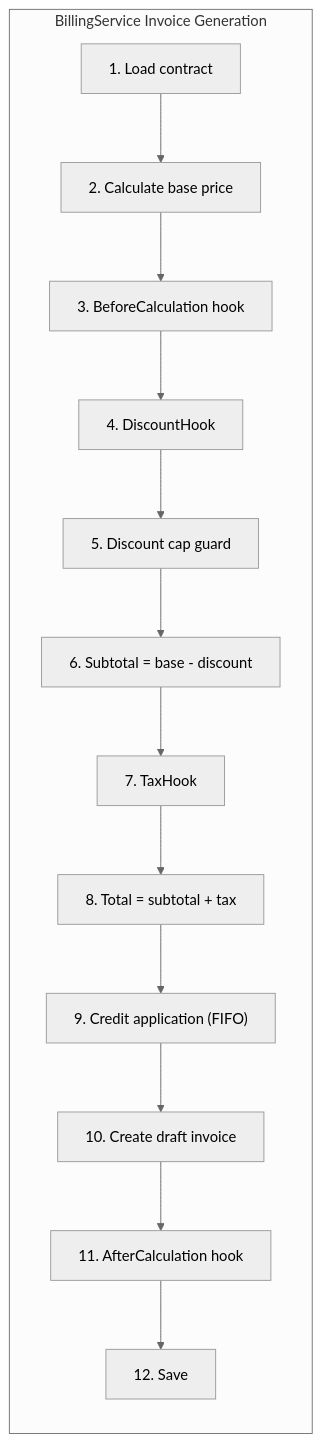
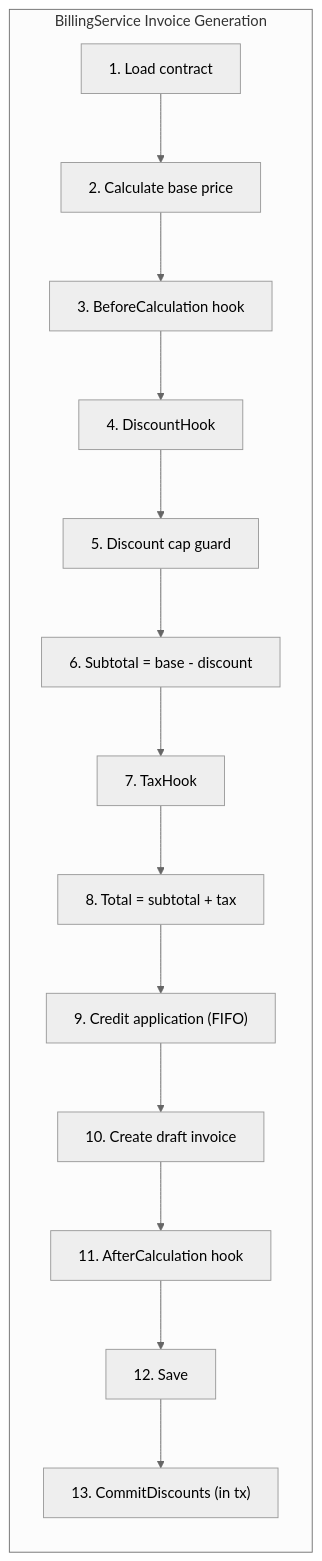
The fifth of 5 diagrams in docs/architecture.md (contract-to-cash/core), drawn with Mermaid (neutral theme) before and after one commit. The commit also changed other lines of this file and 12 other files, not shown here.

````diff
--- a/docs/architecture.md
+++ b/docs/architecture.md
@@ -265,16 +266,17 @@
 ```mermaid
 flowchart LR
     subgraph Pipeline["BillingService Invoice Generation"]
         A["1. Load contract"] --> B["2. Calculate base price"]
         B --> C["3. BeforeCalculation hook"]
         C --> D["4. DiscountHook"]
         D --> E["5. Discount cap guard"]
         E --> F["6. Subtotal = base - discount"]
         F --> G["7. TaxHook"]
         G --> H["8. Total = subtotal + tax"]
         H --> I["9. Credit application (FIFO)"]
         I --> J["10. Create draft invoice"]
         J --> K["11. AfterCalculation hook"]
         K --> L["12. Save"]
+        L --> M["13. CommitDiscounts (in tx)"]
     end
 ```
````
